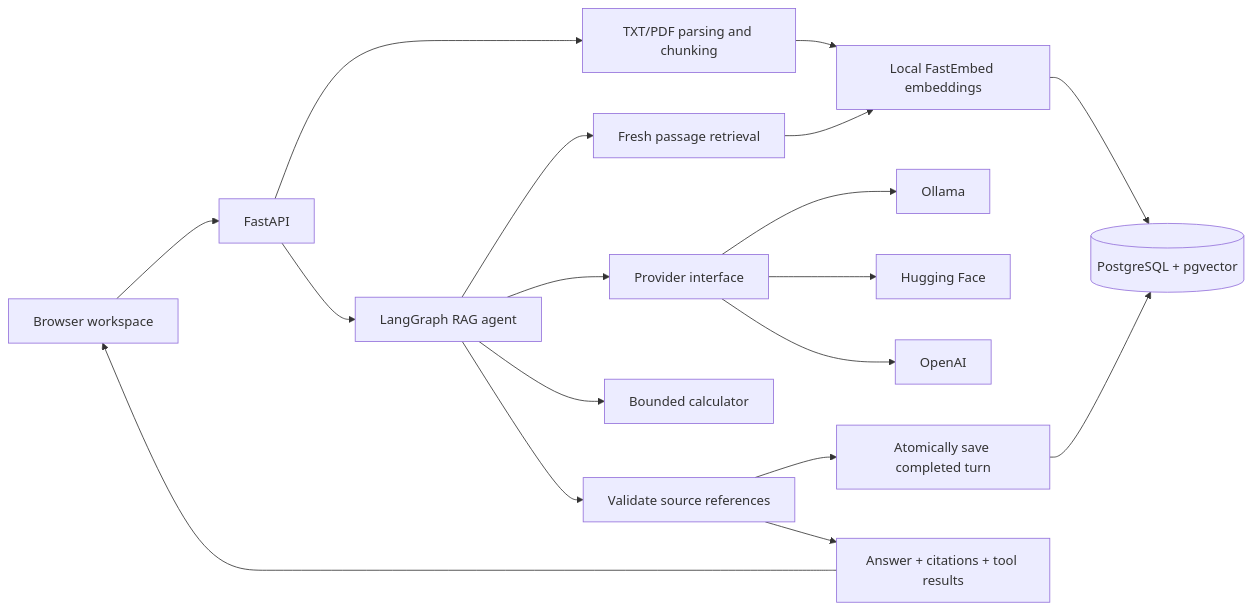
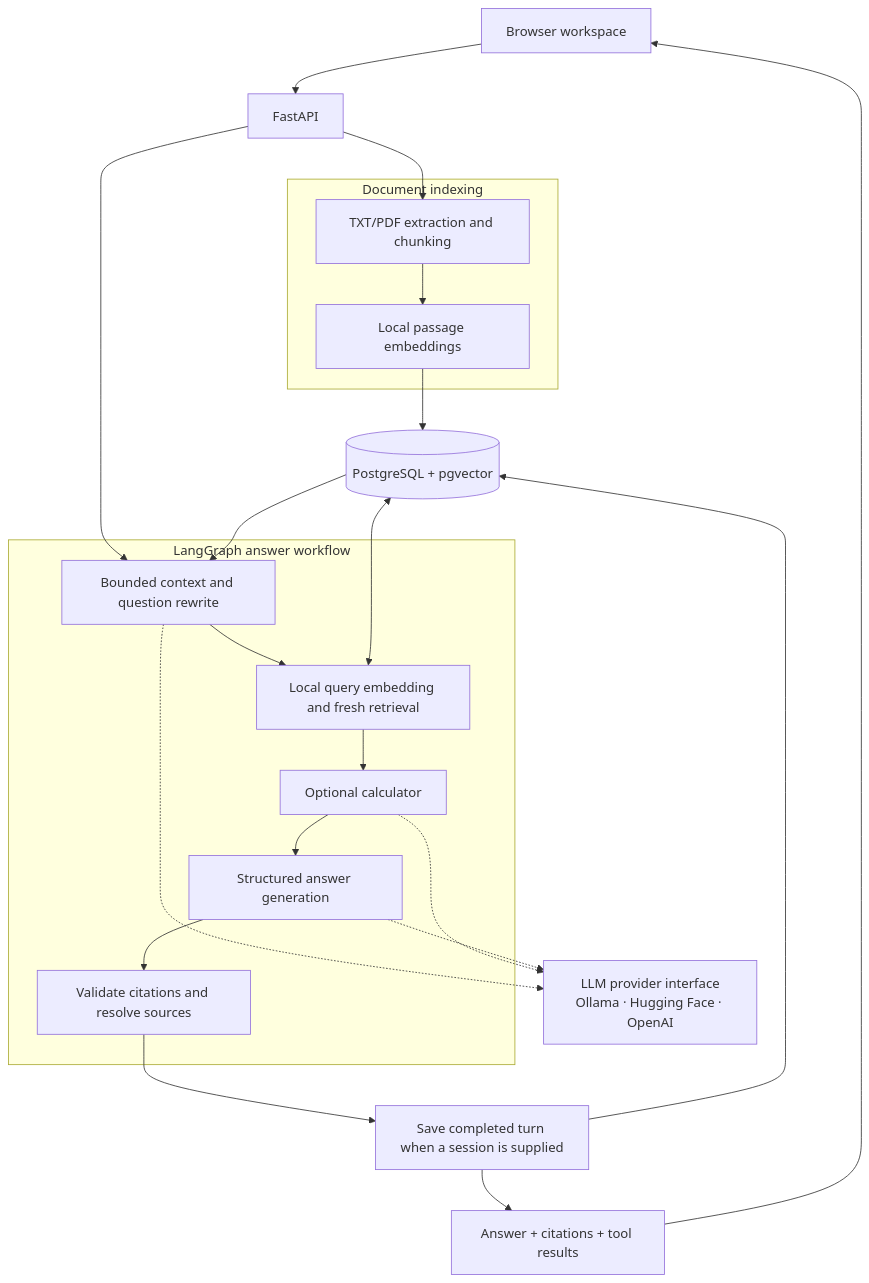
The diagram in README.md (shyamjipatel/agentic-rag-assistant), drawn with Mermaid before and after one commit. The commit also changed other lines of this file, not shown here.

Commit message:
docs: present complete product workflow and feature screenshots

````diff
--- a/README.md
+++ b/README.md
@@ -107,20 +222,27 @@
 ```mermaid
-flowchart LR
+flowchart TB
     UI[Browser workspace] --> API[FastAPI]
-    API --> ING[TXT/PDF parsing and chunking]
-    ING --> EMB[Local FastEmbed embeddings]
-    EMB --> DB[(PostgreSQL + pgvector)]
-    API --> GRAPH[LangGraph RAG agent]
-    GRAPH --> RET[Fresh passage retrieval]
-    RET --> EMB
-    GRAPH --> LLM[Provider interface]
-    LLM --> O[Ollama]
-    LLM --> H[Hugging Face]
-    LLM --> A[OpenAI]
-    GRAPH --> CALC[Bounded calculator]
-    GRAPH --> CITE[Validate source references]
-    CITE --> SAVE[Atomically save completed turn]
+
+    subgraph Ingestion[Document indexing]
+        PARSE[TXT/PDF extraction and chunking] --> EMBED[Local passage embeddings]
+    end
+    API --> PARSE
+    EMBED --> DB[(PostgreSQL + pgvector)]
+
+    subgraph Agent[LangGraph answer workflow]
+        MEMORY[Bounded context and question rewrite] --> RETRIEVE[Local query embedding and fresh retrieval]
+        RETRIEVE --> TOOL[Optional calculator]
+        TOOL --> ANSWER[Structured answer generation]
+        ANSWER --> CITE[Validate citations and resolve sources]
+    end
+    API --> MEMORY
+    RETRIEVE <--> DB
+    MEMORY -.-> PROVIDER["LLM provider interface<br/>Ollama · Hugging Face · OpenAI"]
+    TOOL -.-> PROVIDER
+    ANSWER -.-> PROVIDER
+    CITE --> SAVE[Save completed turn when a session is supplied]
     SAVE --> DB
-    CITE --> OUT[Answer + citations + tool results]
-    OUT --> UI
+    DB --> MEMORY
+    SAVE --> RESPONSE[Answer + citations + tool results]
+    RESPONSE --> UI
 ```
````
